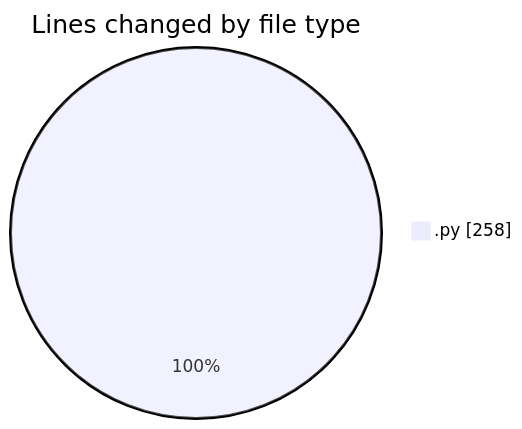
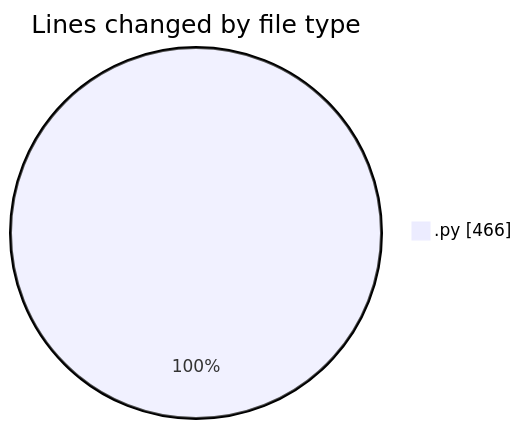
The first of 2 diagrams in 2025-07-03/cursor/README.md (FelipKnott/code-tracking), drawn with Mermaid before and after one commit. The commit also changed other lines of this file and 1 other file, not shown here.

````diff
--- a/2025-07-03/cursor/README.md
+++ b/2025-07-03/cursor/README.md
@@ -26,5 +26,5 @@
 ```mermaid
 pie showData
 title Lines changed by file type
-".py" : 258
+".py" : 466
 ```
````
